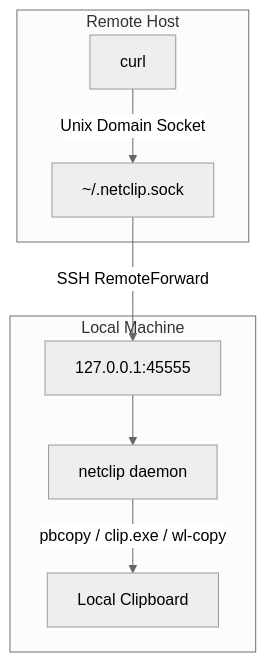
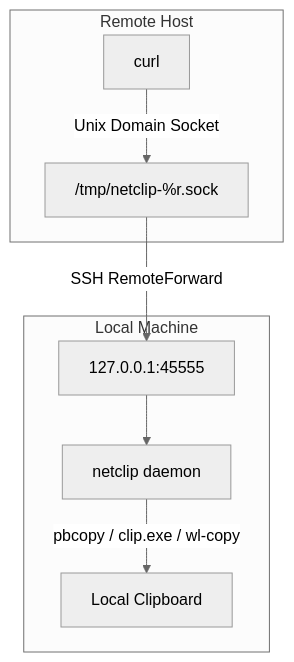
Before and after one commit to kamichidu/go-netclip: the diagram in README.adoc, drawn with Mermaid (neutral theme). The commit also changed other lines of this file and 1 other file, not shown here.

```diff
--- a/README.adoc
+++ b/README.adoc
@@ -13,12 +13,12 @@
 [mermaid]
 ----
 flowchart TD
     subgraph Remote Host
-        A[curl] -->|Unix Domain Socket| B["~/.netclip.sock"]
+        A[curl] -->|Unix Domain Socket| B["/tmp/netclip-%r.sock"]
     end
     B -->|SSH RemoteForward| C["127.0.0.1:45555"]
     subgraph Local Machine
         C --> D[netclip daemon]
         D -->|pbcopy / clip.exe / wl-copy| E[Local Clipboard]
     end
 ----
```
